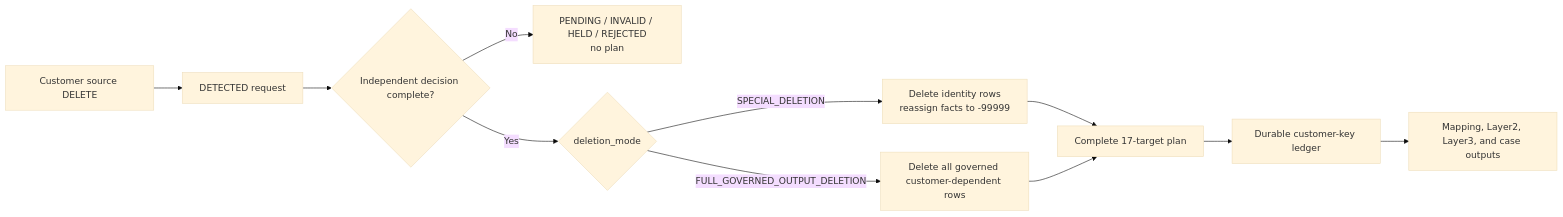
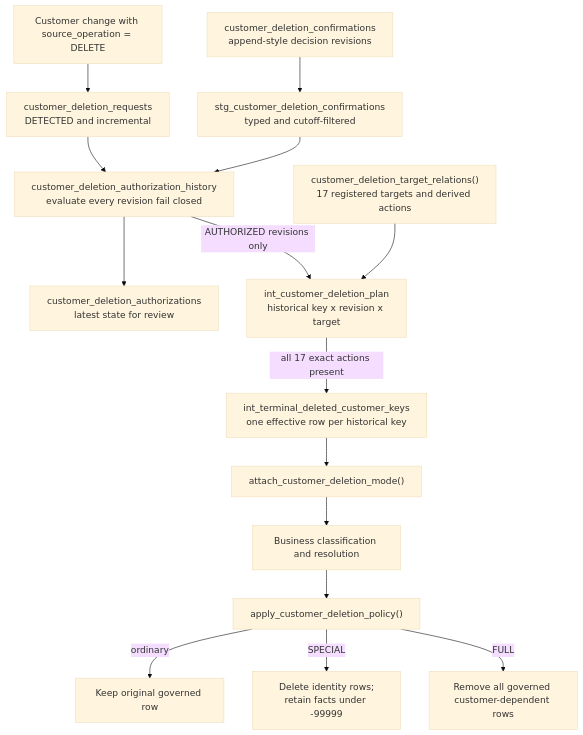
One commit to MiguelElGallo/bricksgdpr-publi changed the first of 2 diagrams in docs/reference/deletion-control.md. Above: the diagram before and after it, drawn with Mermaid (base theme). The commit also changed other lines of this file and 4 other files, not shown here.

````diff
--- a/docs/reference/deletion-control.md
+++ b/docs/reference/deletion-control.md
@@ -21,13 +36,17 @@
 ```mermaid
-flowchart LR
-    A["Customer source DELETE"] --> B["DETECTED request"]
-    B --> C{"Independent decision complete?"}
-    C -->|"No"| D["PENDING / INVALID / HELD / REJECTED<br/>no plan"]
-    C -->|"Yes"| E{"deletion_mode"}
-    E -->|"SPECIAL_DELETION"| F["Delete identity rows<br/>reassign facts to -99999"]
-    E -->|"FULL_GOVERNED_OUTPUT_DELETION"| G["Delete all governed customer-dependent rows"]
-    F --> H["Complete 17-target plan"]
-    G --> H
-    H --> I["Durable customer-key ledger"]
-    I --> J["Mapping, Layer2, Layer3, and case outputs"]
+flowchart TD
+    S["Customer change with source_operation = DELETE"] --> R["customer_deletion_requests<br/>DETECTED and incremental"]
+    C["customer_deletion_confirmations<br/>append-style decision revisions"] --> T["stg_customer_deletion_confirmations<br/>typed and cutoff-filtered"]
+    R --> H["customer_deletion_authorization_history<br/>evaluate every revision fail closed"]
+    T --> H
+    H --> V["customer_deletion_authorizations<br/>latest state for review"]
+    H -->|"AUTHORIZED revisions only"| P["int_customer_deletion_plan<br/>historical key x revision x target"]
+    G["customer_deletion_target_relations()<br/>17 registered targets and derived actions"] --> P
+    P -->|"all 17 exact actions present"| L["int_terminal_deleted_customer_keys<br/>one effective row per historical key"]
+    L --> A["attach_customer_deletion_mode()"]
+    A --> B["Business classification and resolution"]
+    B --> E["apply_customer_deletion_policy()"]
+    E -->|"ordinary"| O["Keep original governed row"]
+    E -->|"SPECIAL"| X["Delete identity rows;<br/>retain facts under -99999"]
+    E -->|"FULL"| F["Remove all governed customer-dependent rows"]
 ```
````
